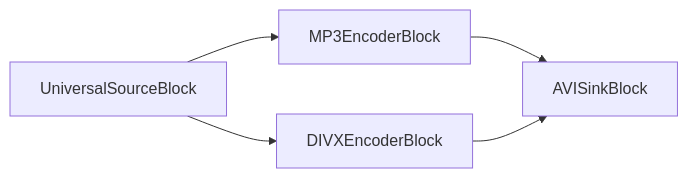
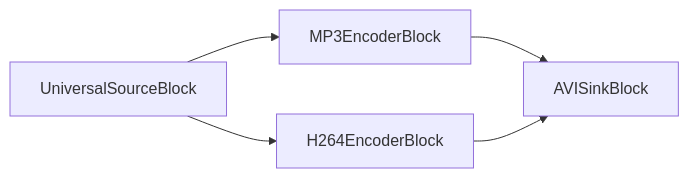
One commit to visioforge/help changed the second of 30 diagrams in dotnet/mediablocks/Sinks/index.es.md. Above: the diagram before and after it, drawn with Mermaid. The commit also changed other lines of this file and 222 other files, not shown here.

````diff
--- a/dotnet/mediablocks/Sinks/index.es.md
+++ b/dotnet/mediablocks/Sinks/index.es.md
@@ -178,7 +178,7 @@
 ```mermaid
 graph LR;
     UniversalSourceBlock-->MP3EncoderBlock;
-    UniversalSourceBlock-->DIVXEncoderBlock;
+    UniversalSourceBlock-->H264EncoderBlock;
     MP3EncoderBlock-->AVISinkBlock;
-    DIVXEncoderBlock-->AVISinkBlock;
+    H264EncoderBlock-->AVISinkBlock;
 ```
````
